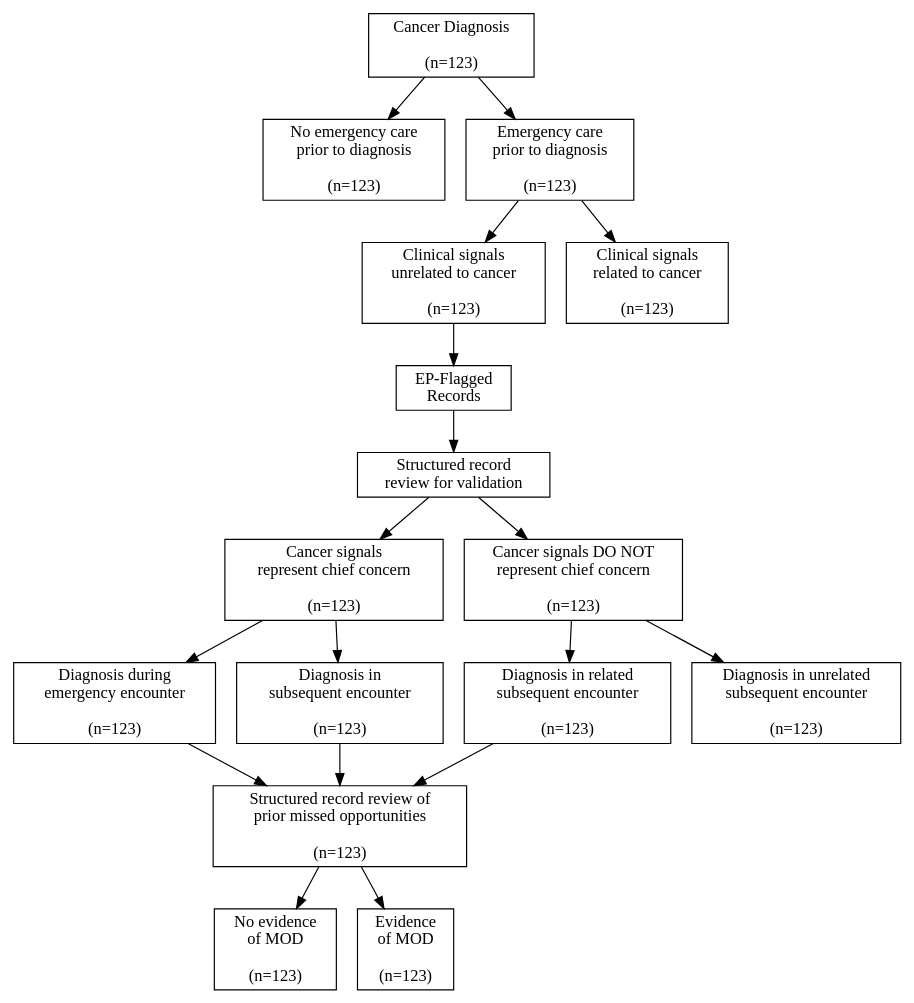
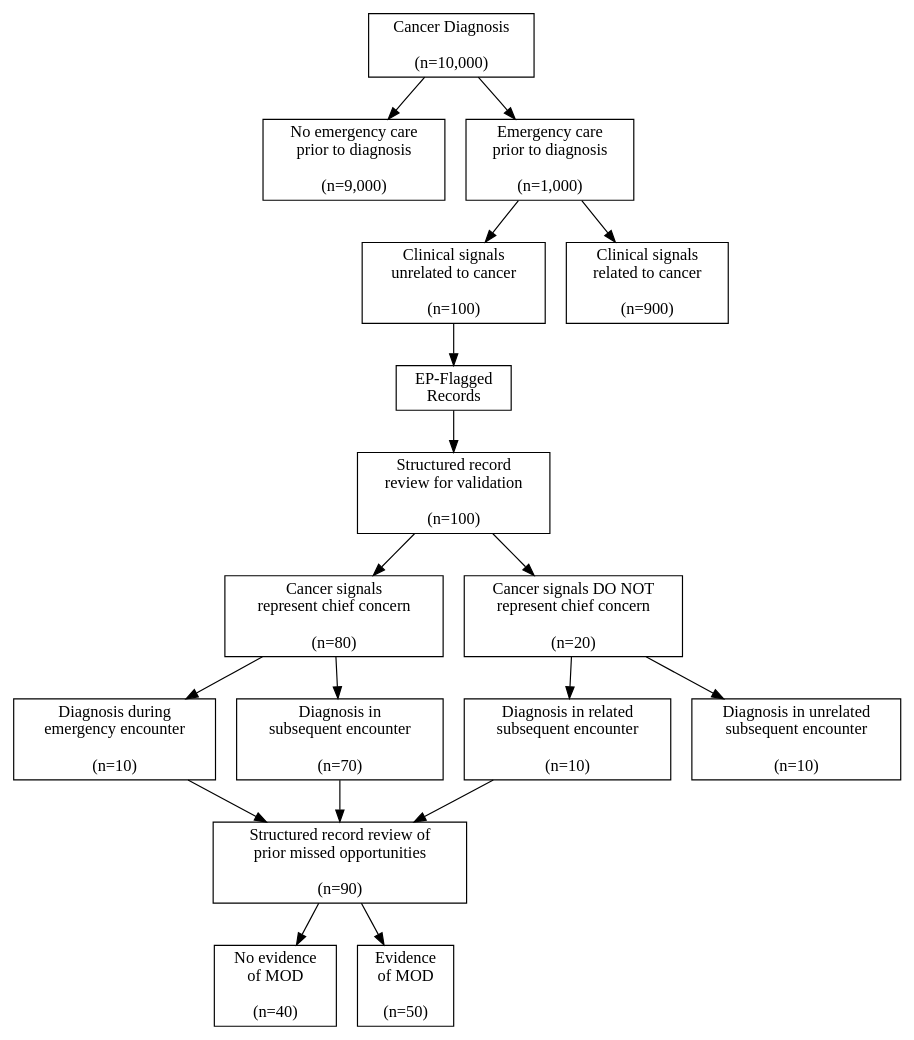
One commit to zimolzak/MooreMeasures changed the diagram in consort.dot. Above: the diagram before and after it, drawn with Graphviz.

Commit message:
Fake but realistic numbers

```diff
--- a/consort.dot
+++ b/consort.dot
@@ -1,48 +1,48 @@
 digraph{
 
 # Nodes
 
-cancer_dx[shape=rectangle, label="Cancer Diagnosis\n\n(n=123)"]
-no_emerg[shape=rectangle, label="No emergency care\nprior to diagnosis\n\n(n=123)"]
-emerg[shape=rectangle, label="Emergency care\nprior to diagnosis\n\n(n=123)"]
-signals_related[shape=rectangle, label="Clinical signals\nunrelated to cancer\n\n(n=123)"]
-signals_unrelated[shape=rectangle, label="Clinical signals\nrelated to cancer\n\n(n=123)"]
+cancer_dx[shape=rectangle, label="Cancer Diagnosis\n\n(n=10,000)"]
+no_emerg[shape=rectangle, label="No emergency care\nprior to diagnosis\n\n(n=9,000)"]
+emerg[shape=rectangle, label="Emergency care\nprior to diagnosis\n\n(n=1,000)"]
+signals_related[shape=rectangle, label="Clinical signals\nunrelated to cancer\n\n(n=100)"]
+signals_unrelated[shape=rectangle, label="Clinical signals\nrelated to cancer\n\n(n=900)"]
 
 Flagged[shape=rectangle, label="EP-Flagged\nRecords"]
-review_sample[shape=rectangle, label="Structured record\nreview for validation"]
-chief_concern[shape=rectangle, label="Cancer signals\nrepresent chief concern\n\n(n=123)"]
-not_chief[shape=rectangle, label="Cancer signals DO NOT\nrepresent chief concern\n\n(n=123)"]
+review_sample[shape=rectangle, label="Structured record\nreview for validation\n\n(n=100)"]
+chief_concern[shape=rectangle, label="Cancer signals\nrepresent chief concern\n\n(n=80)"]
+not_chief[shape=rectangle, label="Cancer signals DO NOT\nrepresent chief concern\n\n(n=20)"]
 
-dx_during_type1[shape=rectangle, label="Diagnosis during\nemergency encounter\n\n(n=123)"]
-dx_later_type2[shape=rectangle, label="Diagnosis in\nsubsequent encounter\n\n(n=123)"]
-dx_related_type3_incidental[shape=rectangle, label="Diagnosis in related\nsubsequent encounter\n\n(n=123)"]
-dx_unrelated_nonEP_FP[shape=rectangle, label="Diagnosis in unrelated\nsubsequent encounter\n\n(n=123)"]
+dx_during_type1[shape=rectangle, label="Diagnosis during\nemergency encounter\n\n(n=10)"]
+dx_later_type2[shape=rectangle, label="Diagnosis in\nsubsequent encounter\n\n(n=70)"]
+dx_related_type3_incidental[shape=rectangle, label="Diagnosis in related\nsubsequent encounter\n\n(n=10)"]
+dx_unrelated_nonEP_FP[shape=rectangle, label="Diagnosis in unrelated\nsubsequent encounter\n\n(n=10)"]
 
-MOD_review[shape=rectangle, label="Structured record review of\nprior missed opportunities\n\n(n=123)"]
-no_MOD[shape=rectangle, label="No evidence\nof MOD\n\n(n=123)"]
-yes_MOD[shape=rectangle, label="Evidence\nof MOD\n\n(n=123)"]
+MOD_review[shape=rectangle, label="Structured record review of\nprior missed opportunities\n\n(n=90)"]
+no_MOD[shape=rectangle, label="No evidence\nof MOD\n\n(n=40)"]
+yes_MOD[shape=rectangle, label="Evidence\nof MOD\n\n(n=50)"]
 
 # Edges
 
 cancer_dx -> no_emerg
 cancer_dx -> emerg
 emerg -> signals_unrelated
 emerg -> signals_related
 signals_related -> Flagged
 
 Flagged -> review_sample
 review_sample -> chief_concern
 review_sample -> not_chief
 chief_concern -> dx_during_type1
 chief_concern -> dx_later_type2
 not_chief -> dx_related_type3_incidental
 not_chief -> dx_unrelated_nonEP_FP
 
 dx_during_type1 -> MOD_review
 dx_later_type2 -> MOD_review
 dx_related_type3_incidental -> MOD_review
 
 MOD_review -> yes_MOD
 MOD_review -> no_MOD
 
 }
```
